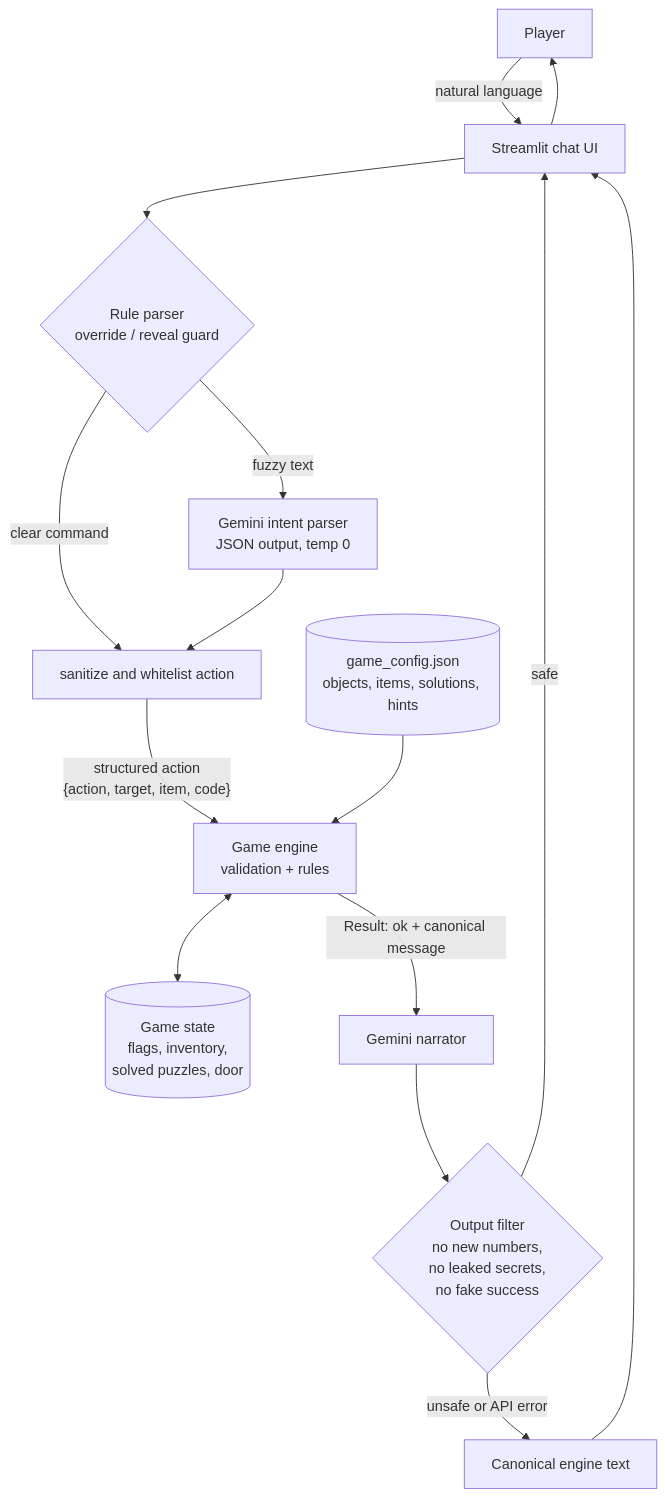
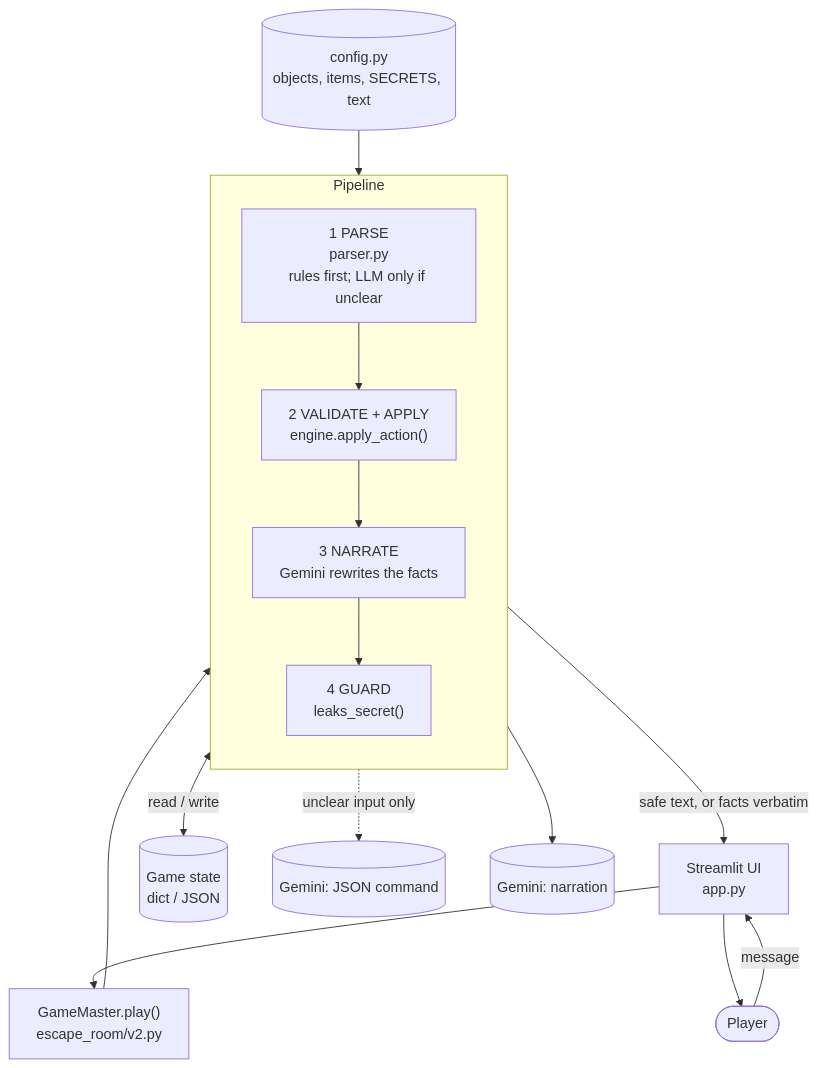
Before and after one commit to Parvxz07/AI-Escape-Room: the second of 2 diagrams in docs/ARCHITECTURE.md, drawn with Mermaid. The commit also changed other lines of this file and 5 other files, not shown here.

Commit message:
docs: README, architecture, test cases, report and screenshots

````diff
--- a/docs/ARCHITECTURE.md
+++ b/docs/ARCHITECTURE.md
@@ -23,16 +25,20 @@
 ```mermaid
-flowchart TD
-    P[Player] -->|natural language| UI[Streamlit chat UI]
-    UI --> RP{Rule parser<br/>override / reveal guard}
-    RP -->|clear command| SA[sanitize and whitelist action]
-    RP -->|fuzzy text| LP[Gemini intent parser<br/>JSON output, temp 0]
-    LP --> SA
-    SA -->|"structured action<br/>{action, target, item, code}"| ENG[Game engine<br/>validation + rules]
-    CFG[(game_config.json<br/>objects, items, solutions, hints)] --> ENG
-    ENG <--> ST[(Game state<br/>flags, inventory,<br/>solved puzzles, door)]
-    ENG -->|"Result: ok + canonical message"| NAR[Gemini narrator]
-    NAR --> FIL{Output filter<br/>no new numbers,<br/>no leaked secrets,<br/>no fake success}
-    FIL -->|safe| UI
-    FIL -->|unsafe or API error| CAN[Canonical engine text] --> UI
+flowchart TB
+    P([Player]) -->|message| UI[Streamlit UI<br/>app.py]
+    UI --> GM["GameMaster.play()<br/>escape_room/v2.py"]
+
+    subgraph Pipeline
+      direction TB
+      A["1 PARSE<br/>parser.py<br/>rules first; LLM only if unclear"] --> B["2 VALIDATE + APPLY<br/>engine.apply_action()"]
+      B --> C["3 NARRATE<br/>Gemini rewrites the facts"]
+      C --> D["4 GUARD<br/>leaks_secret()"]
+    end
+
+    GM --> A
+    CFG[(config.py<br/>objects, items, SECRETS, text)] --> B
+    B <-->|read / write| S[(Game state<br/>dict / JSON)]
+    A -. "unclear input only" .-> G1[(Gemini: JSON command)]
+    C --> G2[(Gemini: narration)]
+    D -->|safe text, or facts verbatim| UI
     UI --> P
 ```
````
